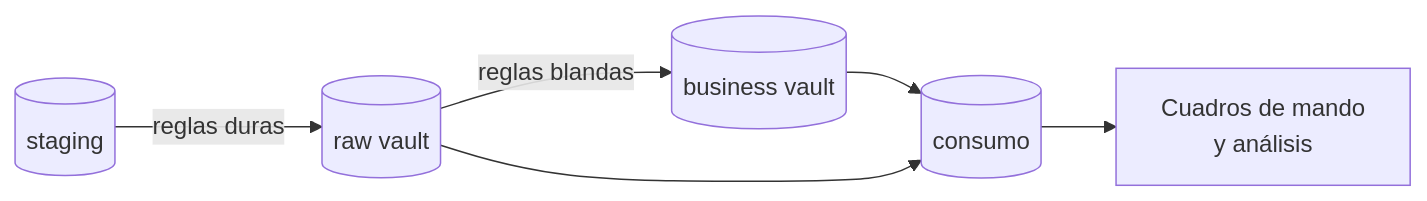
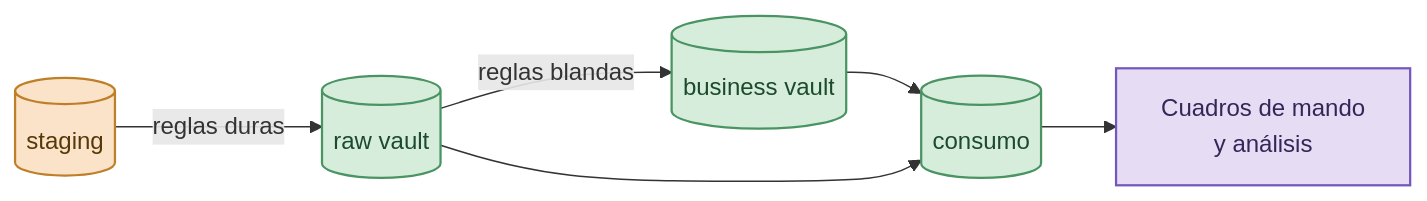
Before and after one commit to IraitzM/ingenieria-datos: the second of 2 diagrams in content/transform/intro.qmd, drawn with Mermaid. The commit also changed other lines of this file and 28 other files, not shown here.

````diff
--- a/content/transform/intro.qmd
+++ b/content/transform/intro.qmd
@@ -50,13 +56,21 @@
 ```{mermaid}
 flowchart LR
     stg[("staging")]
     rv[("raw vault")]
     bv[("business vault")]
     marts[("consumo")]
 
     stg -->|"reglas duras"| rv
     rv -->|"reglas blandas"| bv
     bv --> marts
     rv --> marts
     marts --> bi["Cuadros de mando<br/>y análisis"]
+
+    %% Paleta por bloque del libro
+    classDef carga fill:#fae3c8,stroke:#bf7f28,stroke-width:1.5px,color:#573809
+    classDef transformacion fill:#d7eddc,stroke:#4a9463,stroke-width:1.5px,color:#1c4a2e
+    classDef explotacion fill:#e6ddf5,stroke:#7457bd,stroke-width:1.5px,color:#332757
+    class stg carga
+    class rv,bv,marts transformacion
+    class bi explotacion
 ```
````
